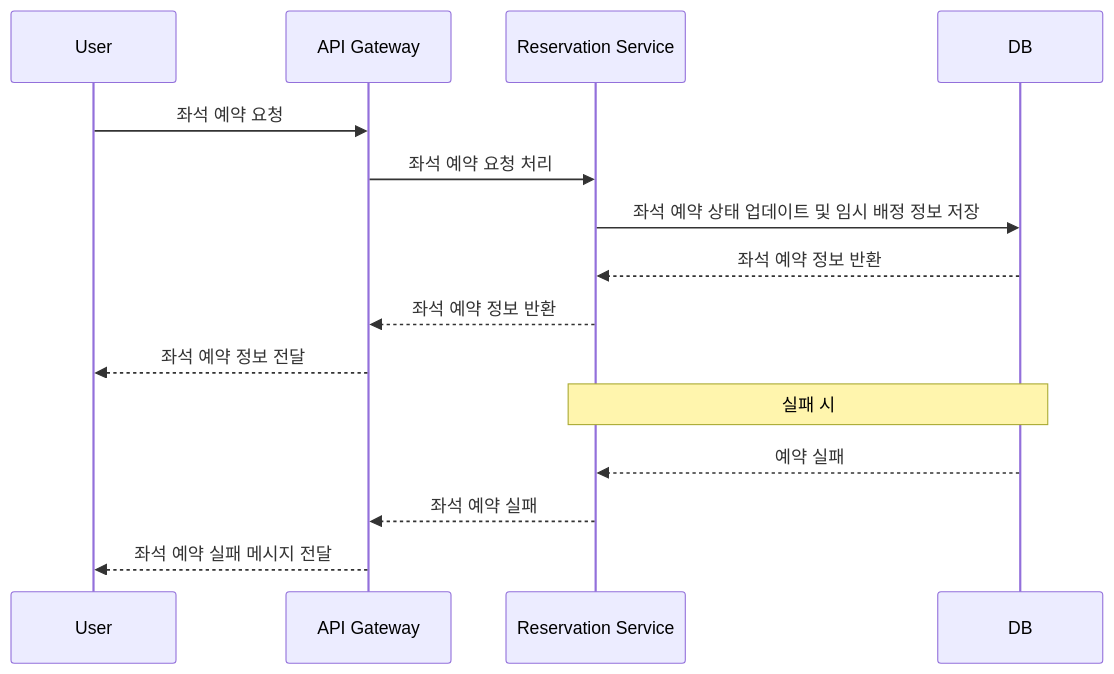
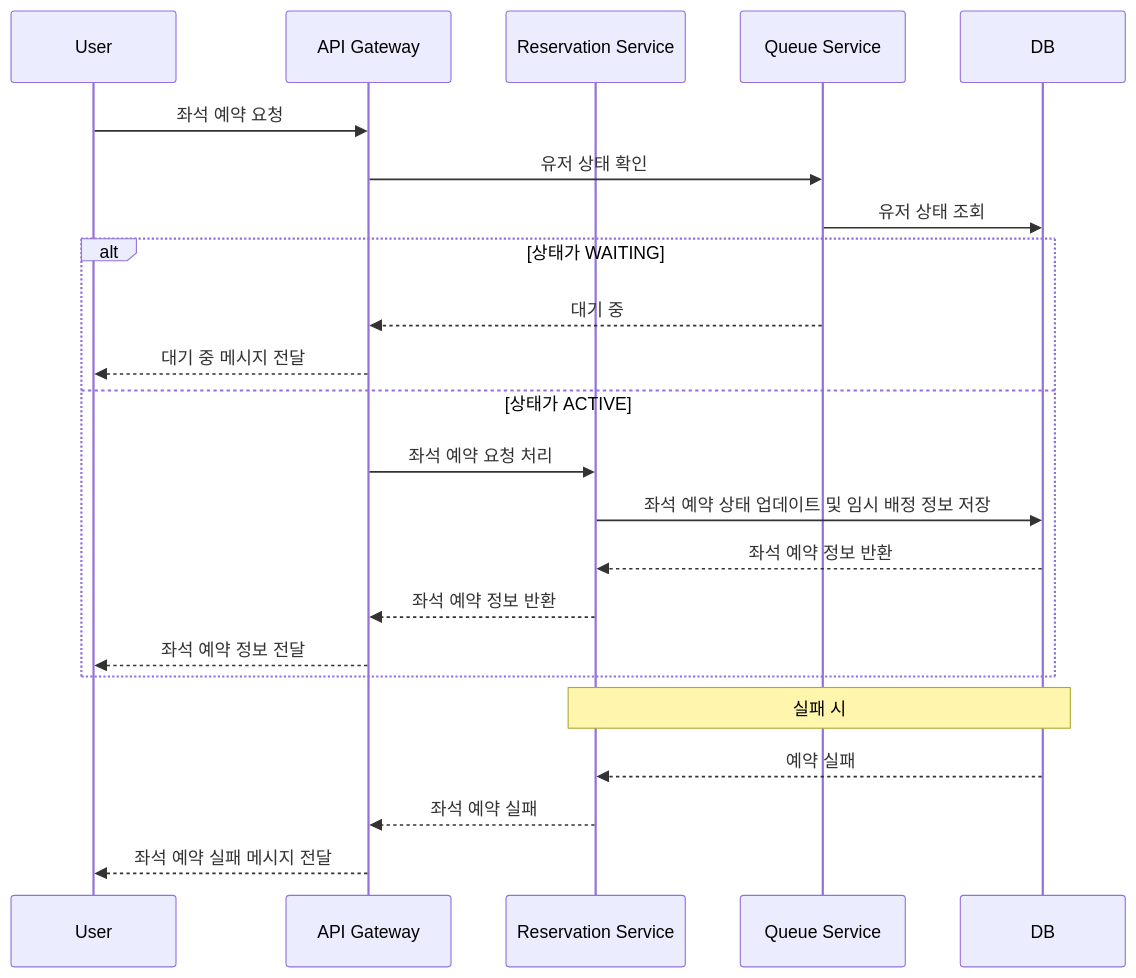
One commit to ghwoo93/hhplus-concert-3week changed the fifth of 9 diagrams in README.md. Above: the diagram before and after it, drawn with Mermaid. The commit also changed other lines of this file, not shown here.

Commit message:
- 설계 변경 업데이트

````diff
--- a/README.md
+++ b/README.md
@@ -322,19 +359,27 @@
 ```mermaid
 sequenceDiagram
     participant User
     participant API Gateway
     participant Reservation Service
+    participant Queue Service
     participant DB
 
     User->>API Gateway: 좌석 예약 요청
-    API Gateway->>Reservation Service: 좌석 예약 요청 처리
-    Reservation Service->>DB: 좌석 예약 상태 업데이트 및 임시 배정 정보 저장
-    DB-->>Reservation Service: 좌석 예약 정보 반환
-    Reservation Service-->>API Gateway: 좌석 예약 정보 반환
-    API Gateway-->>User: 좌석 예약 정보 전달
+    API Gateway->>Queue Service: 유저 상태 확인
+    Queue Service->>DB: 유저 상태 조회
+    alt 상태가 WAITING
+        Queue Service-->>API Gateway: 대기 중
+        API Gateway-->>User: 대기 중 메시지 전달
+    else 상태가 ACTIVE
+        API Gateway->>Reservation Service: 좌석 예약 요청 처리
+        Reservation Service->>DB: 좌석 예약 상태 업데이트 및 임시 배정 정보 저장
+        DB-->>Reservation Service: 좌석 예약 정보 반환
+        Reservation Service-->>API Gateway: 좌석 예약 정보 반환
+        API Gateway-->>User: 좌석 예약 정보 전달
+    end
 
     Note over Reservation Service,DB: 실패 시
     DB-->>Reservation Service: 예약 실패
     Reservation Service-->>API Gateway: 좌석 예약 실패
     API Gateway-->>User: 좌석 예약 실패 메시지 전달
 ```
````
